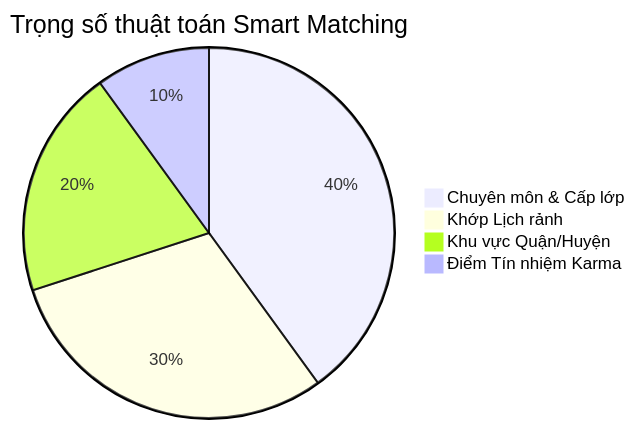
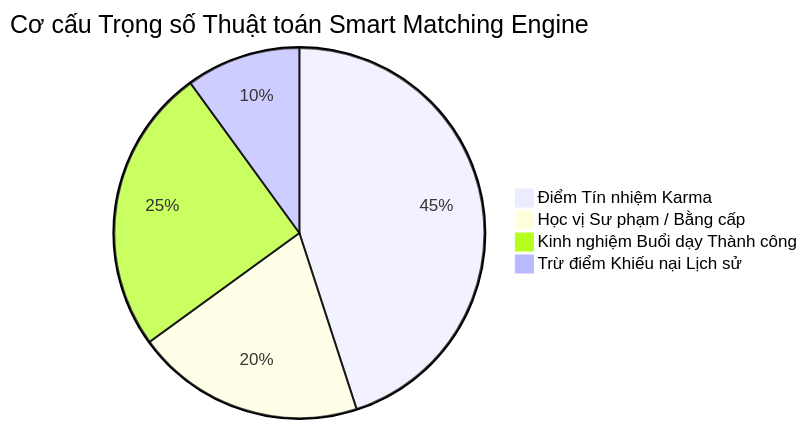
The first of 3 diagrams in docs/nghiep-vu/3-admin-crm/04-SmartMatchingEngine.md (dung-0109/DATN_CRM_GIA_SU), drawn with Mermaid before and after one commit. The commit also changed other lines of this file and 22 other files, not shown here.

````diff
--- a/docs/nghiep-vu/3-admin-crm/04-SmartMatchingEngine.md
+++ b/docs/nghiep-vu/3-admin-crm/04-SmartMatchingEngine.md
@@ -21,7 +53,7 @@
 ```mermaid
-pie title Trọng số thuật toán Smart Matching
-    "Chuyên môn & Cấp lớp" : 40
-    "Khớp Lịch rảnh" : 30
-    "Khu vực Quận/Huyện" : 20
-    "Điểm Tín nhiệm Karma" : 10
+pie title Cơ cấu Trọng số Thuật toán Smart Matching Engine
+    "Điểm Tín nhiệm Karma" : 45
+    "Học vị Sư phạm / Bằng cấp" : 20
+    "Kinh nghiệm Buổi dạy Thành công" : 25
+    "Trừ điểm Khiếu nại Lịch sử" : 10
 ```
````
